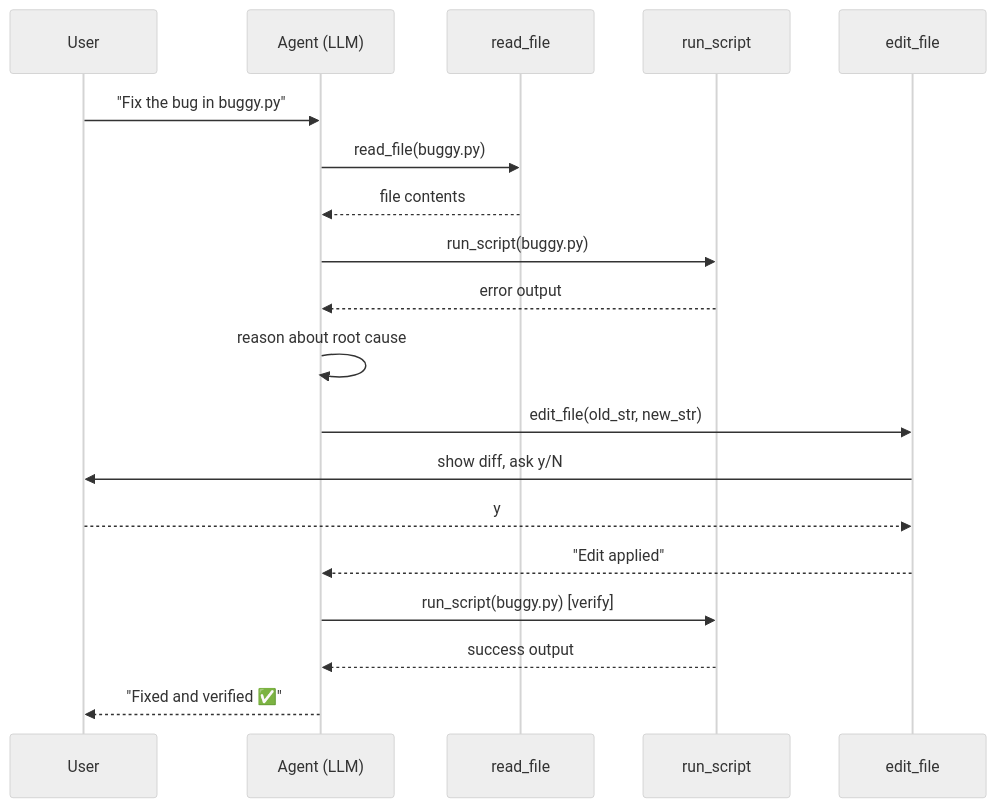
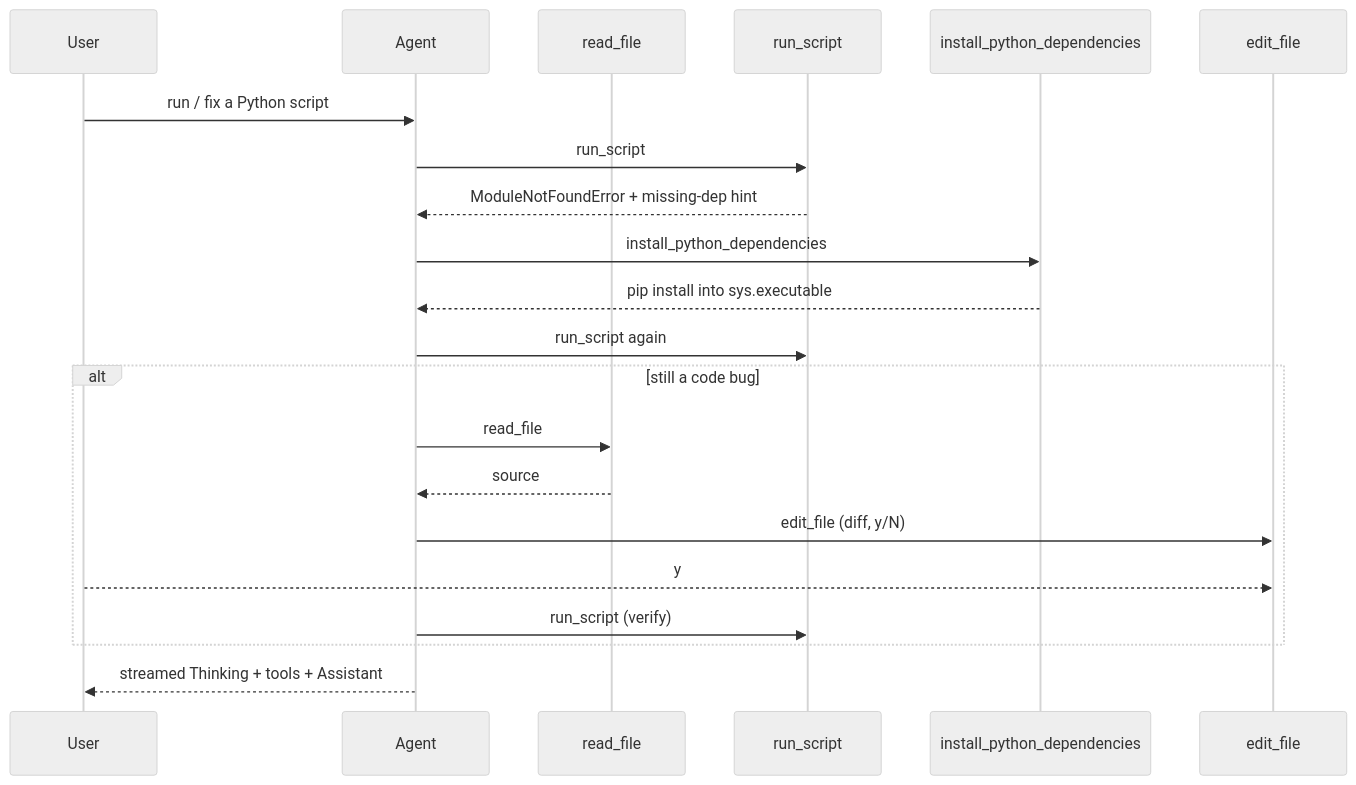
Before and after one commit to chiransiriwardhana/Agentic-AI-Dev: the second of 2 diagrams in README.md, drawn with Mermaid (neutral theme). The commit also changed other lines of this file and 6 other files, not shown here.

Commit message:
Add streaming, thinking UI, and Python dependency installer

````diff
--- a/README.md
+++ b/README.md
@@ -50,22 +100,24 @@
 ```mermaid
 sequenceDiagram
     participant U as User
-    participant A as Agent (LLM)
+    participant A as Agent
     participant R as read_file
     participant S as run_script
+    participant P as install_python_dependencies
     participant E as edit_file
 
-    U->>A: "Fix the bug in buggy.py"
-    A->>R: read_file(buggy.py)
-    R-->>A: file contents
-    A->>S: run_script(buggy.py)
-    S-->>A: error output
-    A->>A: reason about root cause
-    A->>E: edit_file(old_str, new_str)
-    E->>U: show diff, ask y/N
-    U-->>E: y
-    E-->>A: "Edit applied"
-    A->>S: run_script(buggy.py) [verify]
-    S-->>A: success output
-    A-->>U: "Fixed and verified ✅"
+    U->>A: run / fix a Python script
+    A->>S: run_script
+    S-->>A: ModuleNotFoundError + missing-dep hint
+    A->>P: install_python_dependencies
+    P-->>A: pip install into sys.executable
+    A->>S: run_script again
+    alt still a code bug
+        A->>R: read_file
+        R-->>A: source
+        A->>E: edit_file (diff, y/N)
+        U-->>E: y
+        A->>S: run_script (verify)
+    end
+    A-->>U: streamed Thinking + tools + Assistant
 ```
````
